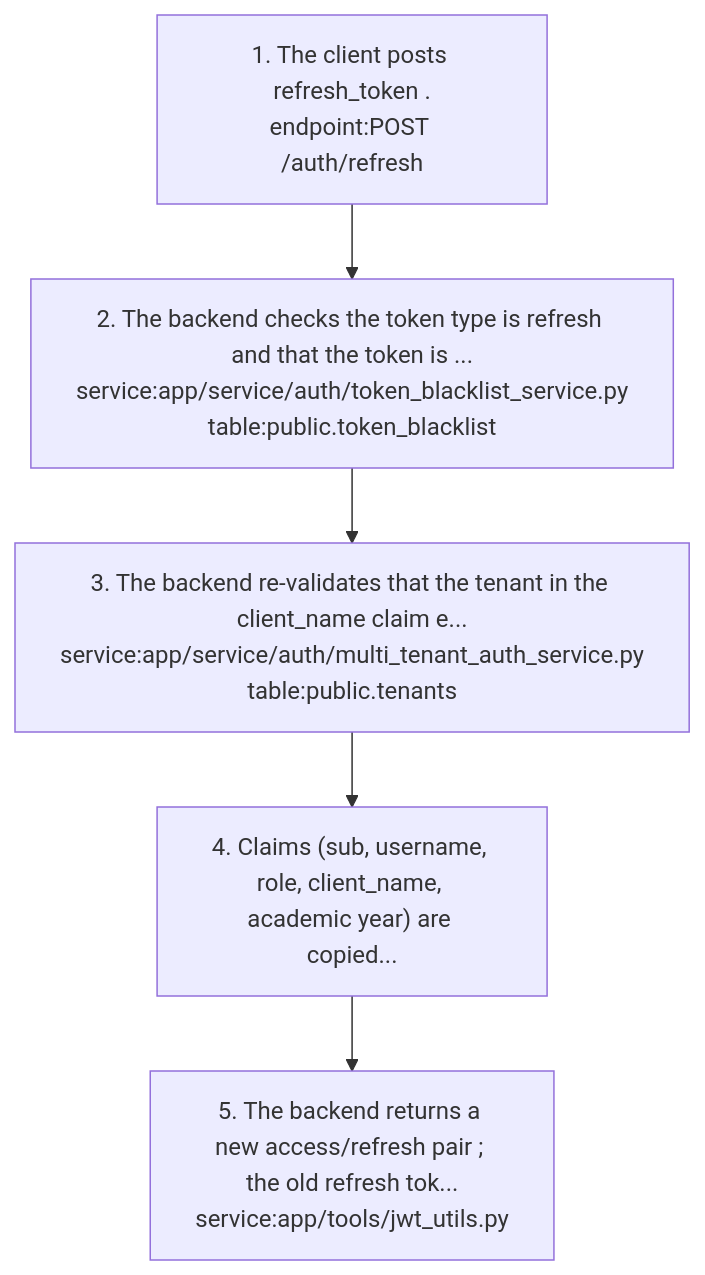
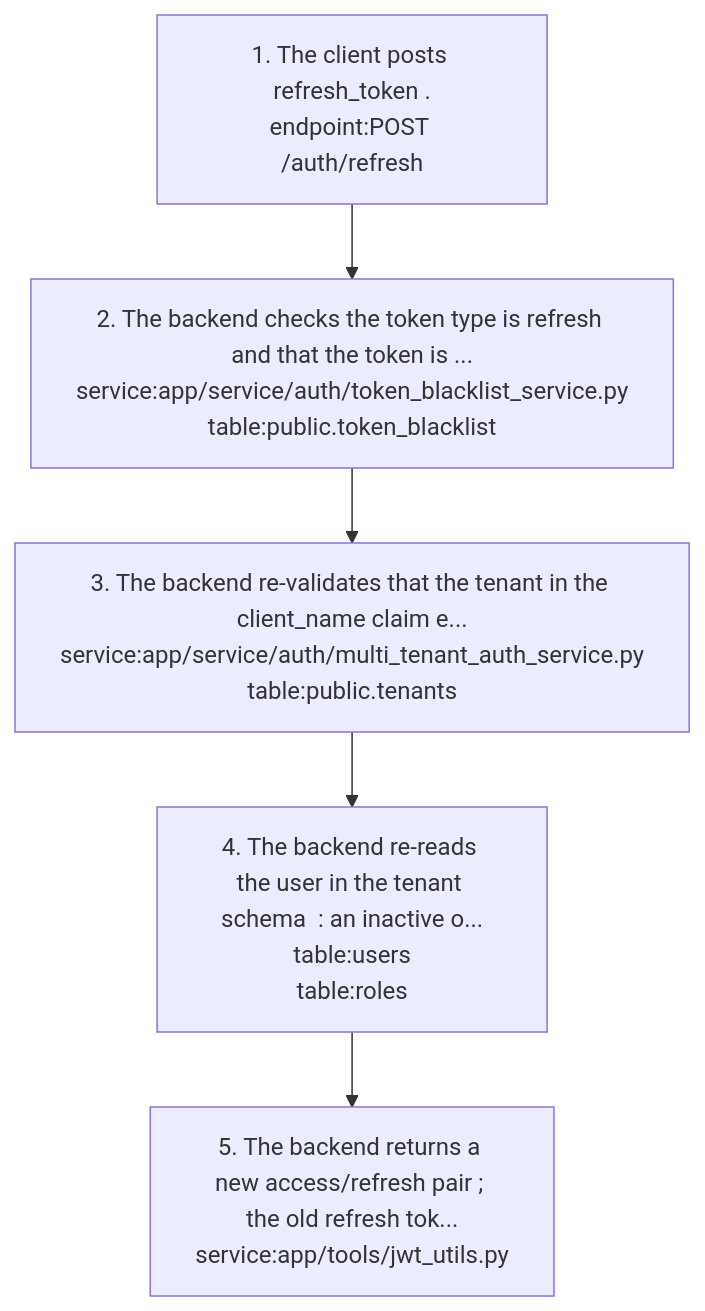
The sixth of 7 diagrams in docs/graph/views/auth.md (nerellasraj21/cos360_full_app), drawn with Mermaid before and after one commit. The commit also changed other lines of this file and 10 other files, not shown here.

````diff
--- a/docs/graph/views/auth.md
+++ b/docs/graph/views/auth.md
@@ -310,12 +311,12 @@
 ```mermaid
 flowchart TD
   s1["1. The client posts refresh_token .<br/>endpoint:POST /auth/refresh"]
   s2["2. The backend checks the token type is refresh and that the token is ...<br/>service:app/service/auth/token_blacklist_service.py<br/>table:public.token_blacklist"]
   s1 --> s2
   s3["3. The backend re-validates that the tenant in the client_name claim e...<br/>service:app/service/auth/multi_tenant_auth_service.py<br/>table:public.tenants"]
   s2 --> s3
-  s4["4. Claims (sub, username, role, client_name, academic year) are copied..."]
+  s4["4. The backend re-reads the user in the tenant schema  : an inactive o...<br/>table:users<br/>table:roles"]
   s3 --> s4
   s5["5. The backend returns a new access/refresh pair ; the old refresh tok...<br/>service:app/tools/jwt_utils.py"]
   s4 --> s5
 ```
````
